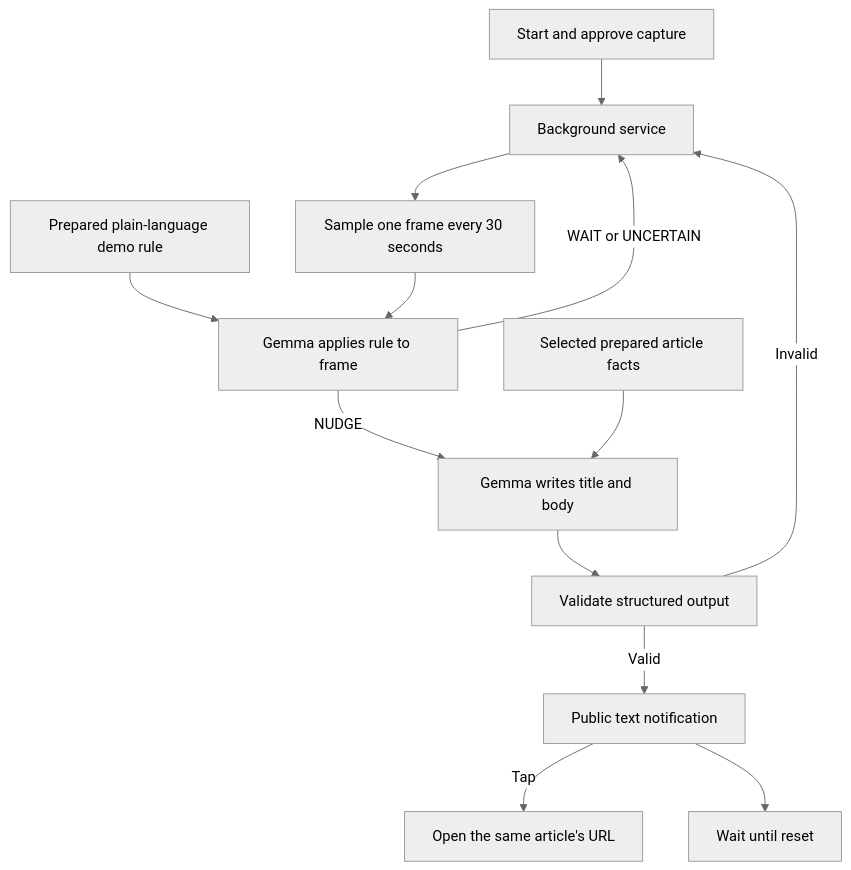
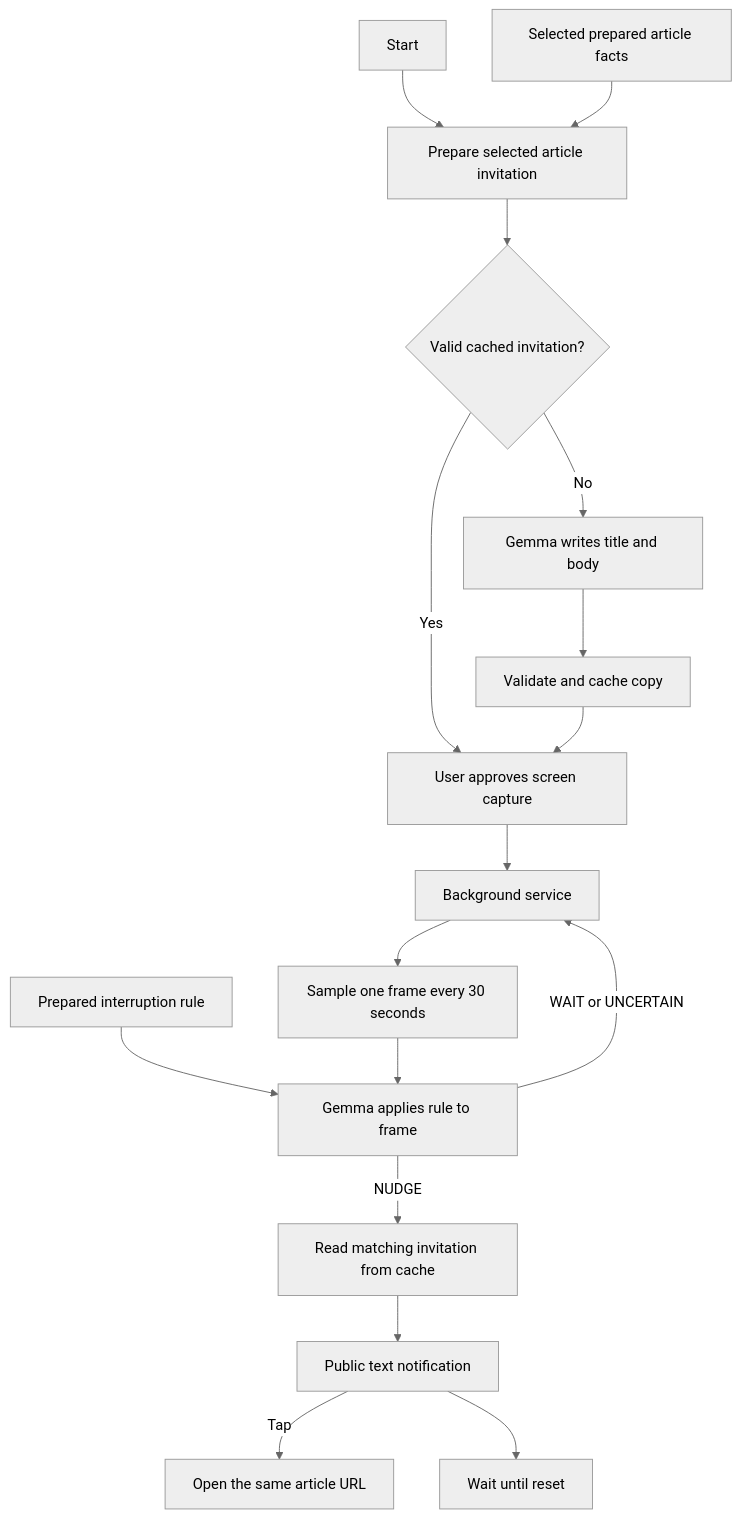
The diagram in docs/demo-v2.md (rrwwee/productivity), drawn with Mermaid (neutral theme) before and after one commit. The commit also changed other lines of this file and 9 other files, not shown here.

Commit message:
Respect X composers and cache on-device article invitations

````diff
--- a/docs/demo-v2.md
+++ b/docs/demo-v2.md
@@ -14,15 +14,19 @@
 ```mermaid
 flowchart TD
-    Start[Start and approve capture] --> Service[Background service]
+    Start[Start] --> Prepare[Prepare selected article invitation]
+    Article[Selected prepared article facts] --> Prepare
+    Prepare --> Cache{Valid cached invitation?}
+    Cache -->|No| Writer[Gemma writes title and body]
+    Writer --> Validate[Validate and cache copy]
+    Cache -->|Yes| Permission[User approves screen capture]
+    Validate --> Permission
+    Permission --> Service[Background service]
     Service --> Frame[Sample one frame every 30 seconds]
-    Rule[Prepared plain-language demo rule] --> Judge[Gemma applies rule to frame]
+    Rule[Prepared interruption rule] --> Judge[Gemma applies rule to frame]
     Frame --> Judge
     Judge -->|WAIT or UNCERTAIN| Service
-    Judge -->|NUDGE| Writer[Gemma writes title and body]
-    Article[Selected prepared article facts] --> Writer
-    Writer --> Validate[Validate structured output]
-    Validate -->|Valid| Notify[Public text notification]
-    Validate -->|Invalid| Service
-    Notify -->|Tap| Link[Open the same article's URL]
+    Judge -->|NUDGE| Copy[Read matching invitation from cache]
+    Copy --> Notify[Public text notification]
+    Notify -->|Tap| Link[Open the same article URL]
     Notify --> Quiet[Wait until reset]
 ```
````
